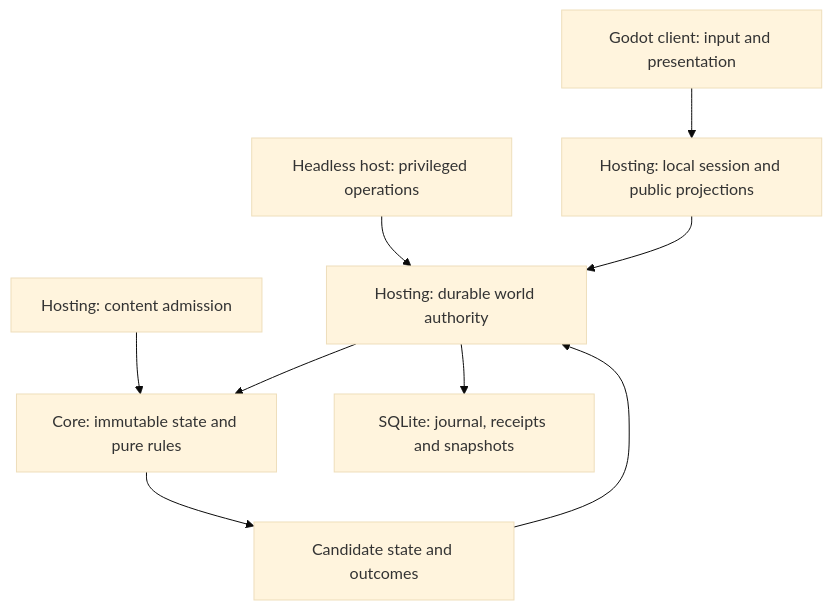
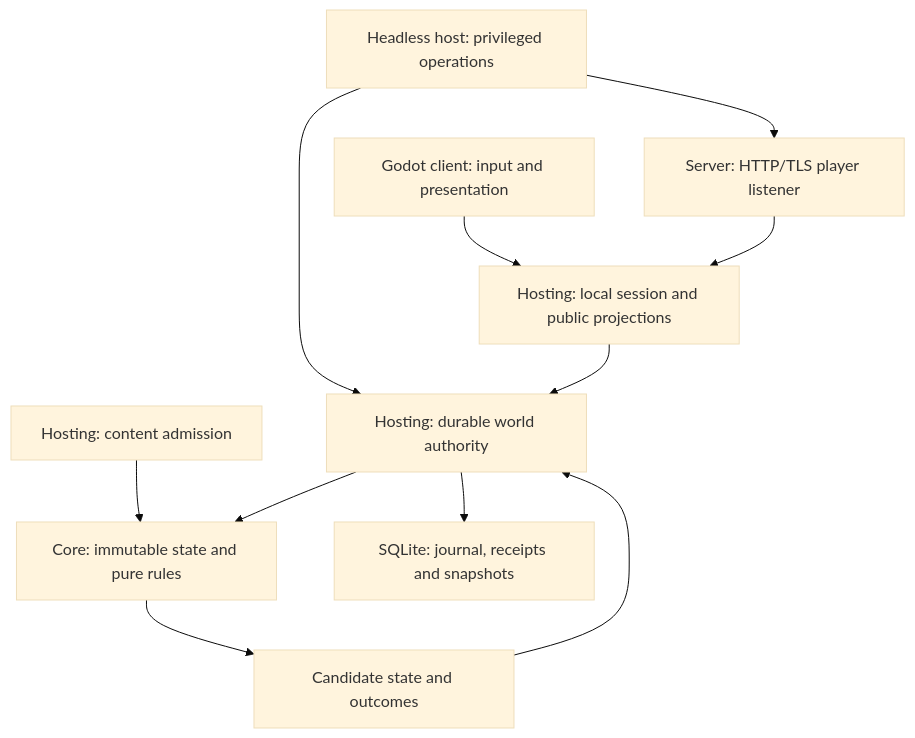
The diagram in Beta/Runtime/docs/architecture/runtime-and-authority.md (jaminwicha/OpenFantasy), drawn with Mermaid (base theme) before and after one commit. The commit also changed other lines of this file and 101 other files, not shown here.

````diff
--- a/Beta/Runtime/docs/architecture/runtime-and-authority.md
+++ b/Beta/Runtime/docs/architecture/runtime-and-authority.md
@@ -5,11 +5,13 @@
 ```mermaid
 flowchart TD
     Client[Godot client: input and presentation] --> Session[Hosting: local session and public projections]
+    Operator --> Server[Server: HTTP/TLS player listener]
+    Server --> Session
     Operator[Headless host: privileged operations] --> Authority[Hosting: durable world authority]
     Session --> Authority
     Admission[Hosting: content admission] --> Core[Core: immutable state and pure rules]
     Authority --> Core
     Authority --> Storage[SQLite: journal, receipts and snapshots]
     Core --> Candidate[Candidate state and outcomes]
     Candidate --> Authority
 ```
````
